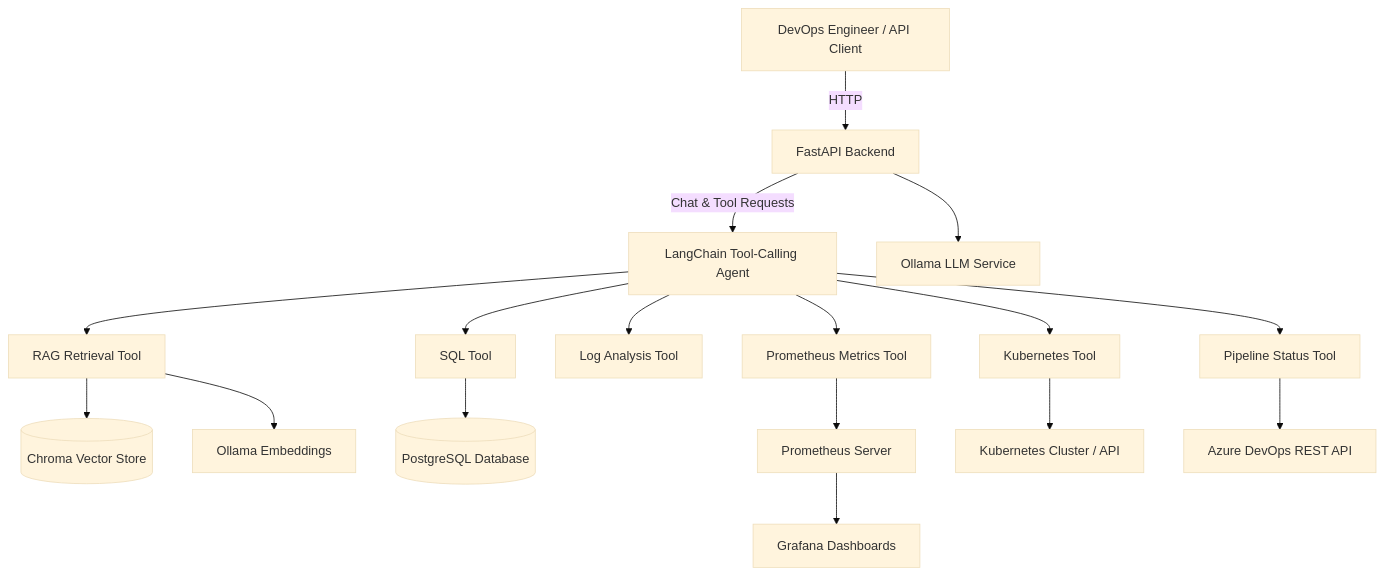
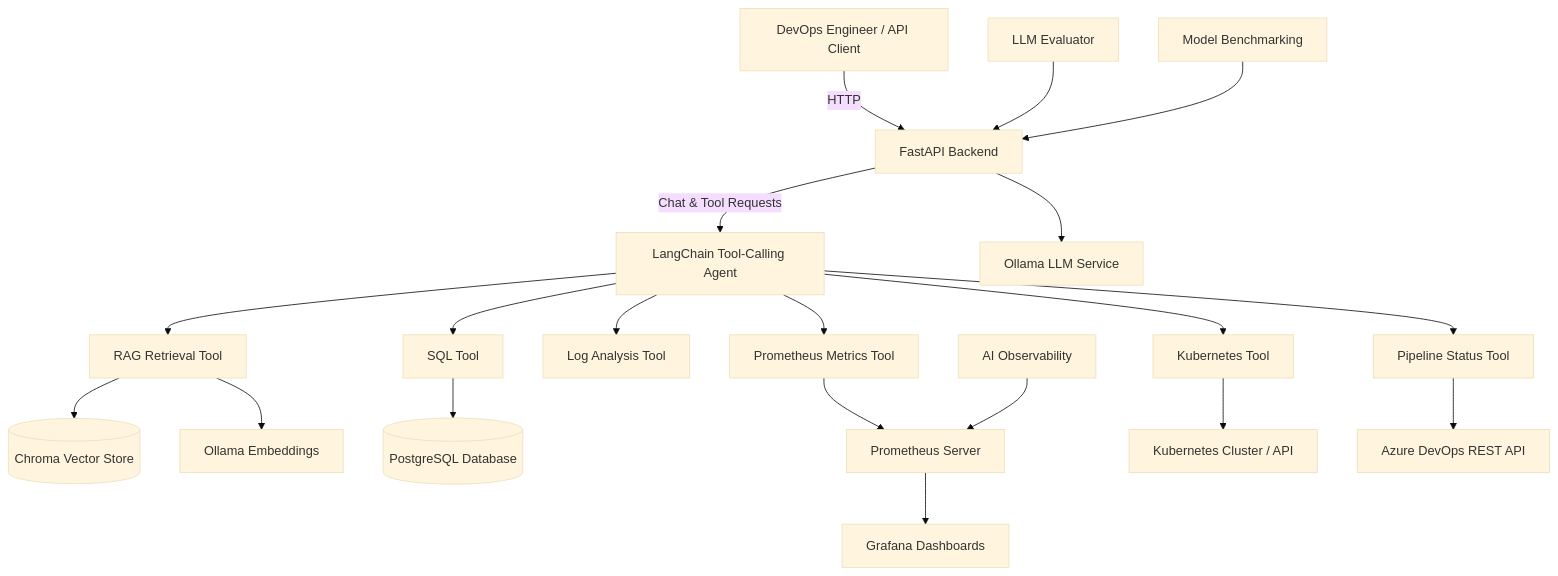
Before and after one commit to shaharco99/AI_DevOps: the diagram in README.md, drawn with Mermaid (base theme). The commit also changed other lines of this file and 35 other files, not shown here.

````diff
--- a/README.md
+++ b/README.md
@@ -19,21 +20,25 @@
 ```mermaid
 flowchart TD
     U[DevOps Engineer / API Client] --> |HTTP| API[FastAPI Backend]
     API --> |Chat & Tool Requests| AGENT[LangChain Tool-Calling Agent]
     AGENT --> SQL[SQL Tool]
     AGENT --> K8S[Kubernetes Tool]
     AGENT --> LOGS[Log Analysis Tool]
     AGENT --> METRICS[Prometheus Metrics Tool]
     AGENT --> PIPE[Pipeline Status Tool]
     AGENT --> RAG[RAG Retrieval Tool]
 
     RAG --> CHROMA[(Chroma Vector Store)]
     RAG --> EMB[Ollama Embeddings]
 
     SQL --> POSTGRES[(PostgreSQL Database)]
     METRICS --> PROM[Prometheus Server]
     K8S --> CLUSTER[Kubernetes Cluster / API]
     PIPE --> AZDO[Azure DevOps REST API]
     API --> OLLAMA[Ollama LLM Service]
     PROM --> GRAFANA[Grafana Dashboards]
+
+    EVAL[LLM Evaluator] --> API
+    OBS[AI Observability] --> PROM
+    BENCH[Model Benchmarking] --> API
 ```
````
